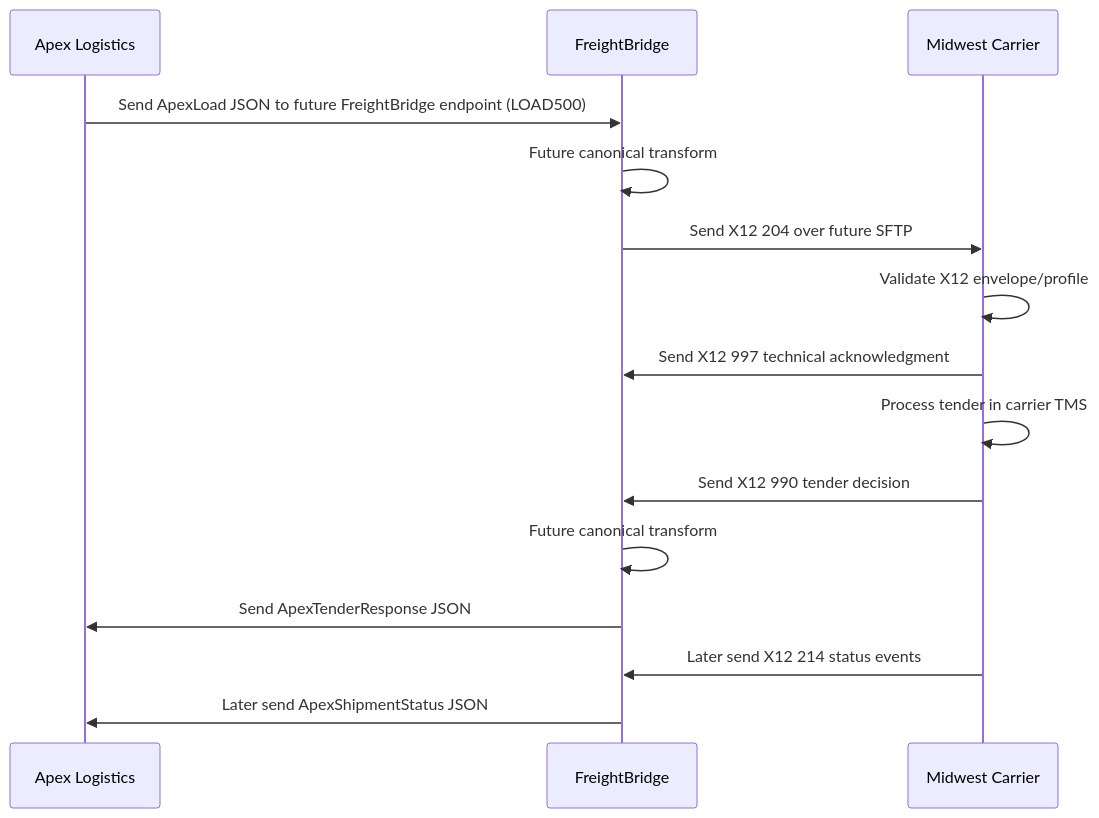
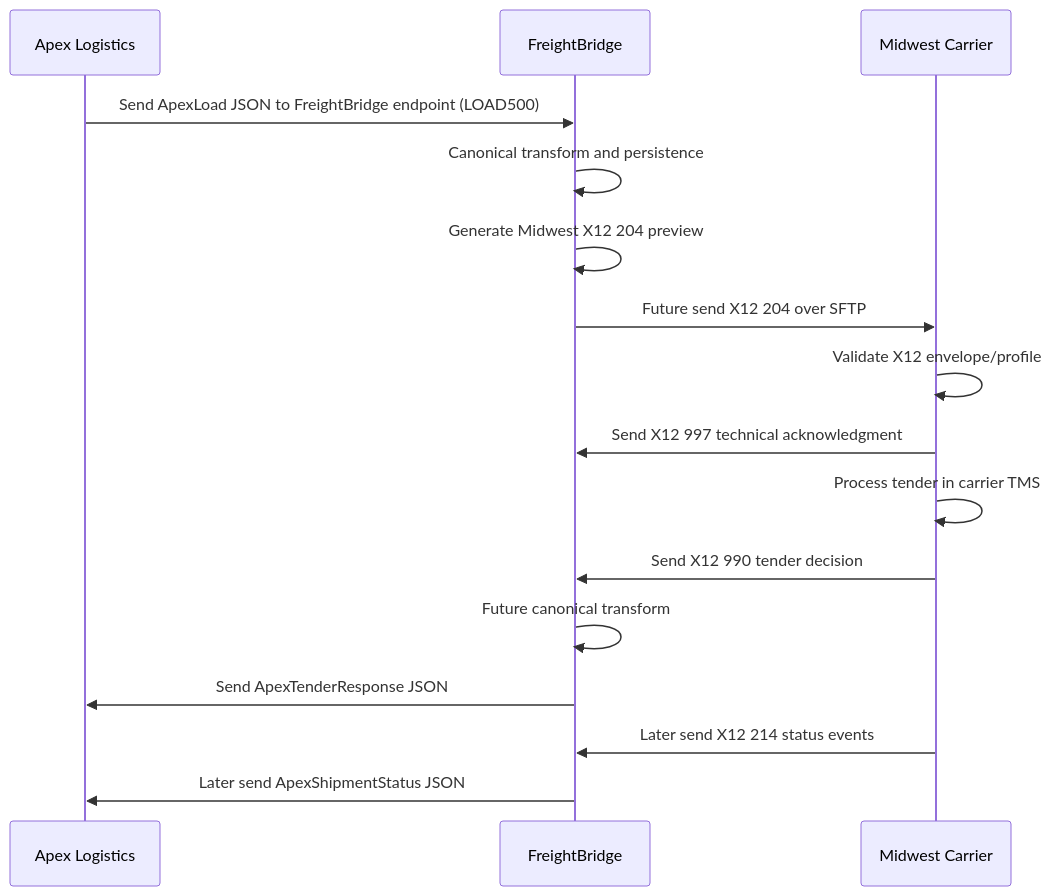
The diagram in docs/architecture/interface-control-document.md (Ryandeboss/FreightBridge), drawn with Mermaid before and after one commit. The commit also changed other lines of this file and 20 other files, not shown here.

Commit message:
Generate Midwest X12 204 from canonical shipments

````diff
--- a/docs/architecture/interface-control-document.md
+++ b/docs/architecture/interface-control-document.md
@@ -121,18 +125,19 @@
 ```mermaid
 sequenceDiagram
   participant Apex as Apex Logistics
   participant FB as FreightBridge
   participant Midwest as Midwest Carrier
 
-  Apex->>FB: Send ApexLoad JSON to future FreightBridge endpoint (LOAD500)
-  FB->>FB: Future canonical transform
-  FB->>Midwest: Send X12 204 over future SFTP
+  Apex->>FB: Send ApexLoad JSON to FreightBridge endpoint (LOAD500)
+  FB->>FB: Canonical transform and persistence
+  FB->>FB: Generate Midwest X12 204 preview
+  FB->>Midwest: Future send X12 204 over SFTP
   Midwest->>Midwest: Validate X12 envelope/profile
   Midwest->>FB: Send X12 997 technical acknowledgment
   Midwest->>Midwest: Process tender in carrier TMS
   Midwest->>FB: Send X12 990 tender decision
   FB->>FB: Future canonical transform
   FB->>Apex: Send ApexTenderResponse JSON
   Midwest->>FB: Later send X12 214 status events
   FB->>Apex: Later send ApexShipmentStatus JSON
 ```
````
